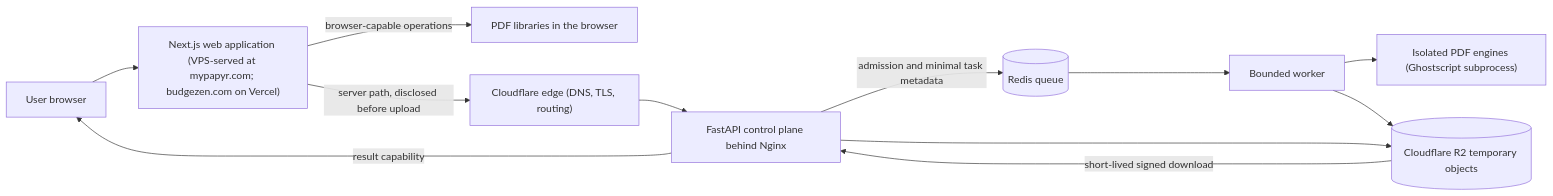
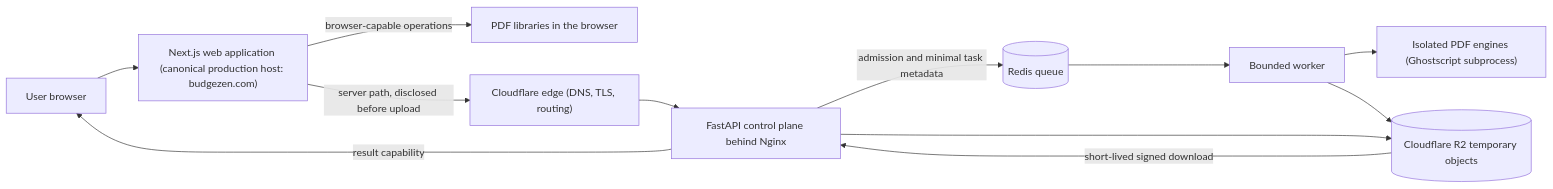
One commit to fazulfi/mypapyr changed the diagram in README.md. Above: the diagram before and after it, drawn with Mermaid. The commit also changed other lines of this file and 82 other files, not shown here.

````diff
--- a/README.md
+++ b/README.md
@@ -95,14 +95,14 @@
 ```mermaid
 flowchart LR
-    U["User browser"] --> W["Next.js web application (VPS-served at mypapyr.com; budgezen.com on Vercel)"]
+    U["User browser"] --> W["Next.js web application (canonical production host: budgezen.com)"]
     W -->|"browser-capable operations"| B["PDF libraries in the browser"]
     W -->|"server path, disclosed before upload"| E["Cloudflare edge (DNS, TLS, routing)"]
     E --> A["FastAPI control plane behind Nginx"]
     A -->|"admission and minimal task metadata"| Q[("Redis queue")]
     Q --> K["Bounded worker"]
     K --> G["Isolated PDF engines (Ghostscript subprocess)"]
     K --> R2[("Cloudflare R2 temporary objects")]
     A --> R2
     R2 -->|"short-lived signed download"| A
     A -->|"result capability"| U
 ```
````
